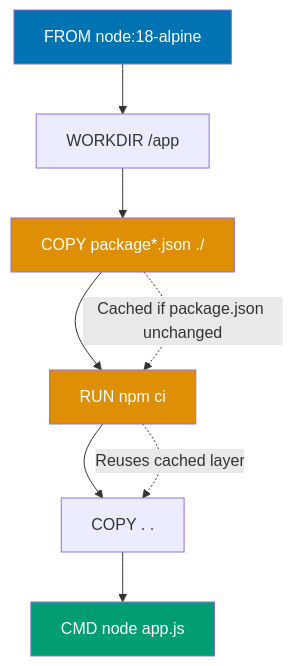
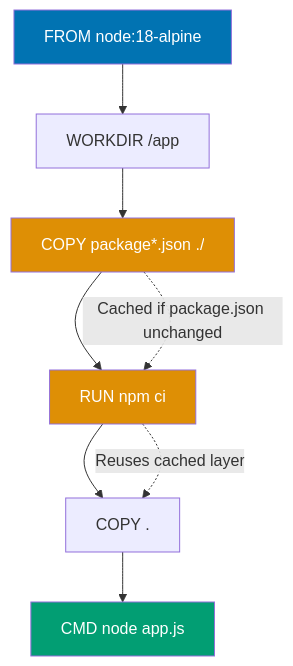
The first of 8 diagrams in apps/ayokoding-web/content/en/learn/software-engineering/infrastructure/tools/docker/by-example/beginner.md (wahidyankf/open-sharia-enterprise), drawn with Mermaid before and after one commit. The commit also changed other lines of this file and 77 other files, not shown here.

````diff
--- a/apps/ayokoding-web/content/en/learn/software-engineering/infrastructure/tools/docker/by-example/beginner.md
+++ b/apps/ayokoding-web/content/en/learn/software-engineering/infrastructure/tools/docker/by-example/beginner.md
@@ -160,16 +156,16 @@
 ```mermaid
 graph TD
-    A["FROM node:18-alpine"] --> B["WORKDIR /app"]
-    B --> C["COPY package*.json ./"]
-    C --> D["RUN npm ci"]
-    D --> E["COPY . ."]
-    E --> F["CMD node app.js"]
+ A["FROM node:18-alpine"] --> B["WORKDIR /app"]
+ B --> C["COPY package*.json ./"]
+ C --> D["RUN npm ci"]
+ D --> E["COPY ."]
+ E --> F["CMD node app.js"]
 
-    C -.->|Cached if package.json unchanged| D
-    D -.->|Reuses cached layer| E
+ C -.->|Cached if package.json unchanged| D
+ D -.->|Reuses cached layer| E
 
-    style A fill:#0173B2,color:#fff
-    style C fill:#DE8F05,color:#fff
-    style D fill:#DE8F05,color:#fff
-    style F fill:#029E73,color:#fff
+ style A fill:#0173B2,color:#fff
+ style C fill:#DE8F05,color:#fff
+ style D fill:#DE8F05,color:#fff
+ style F fill:#029E73,color:#fff
 ```
````
